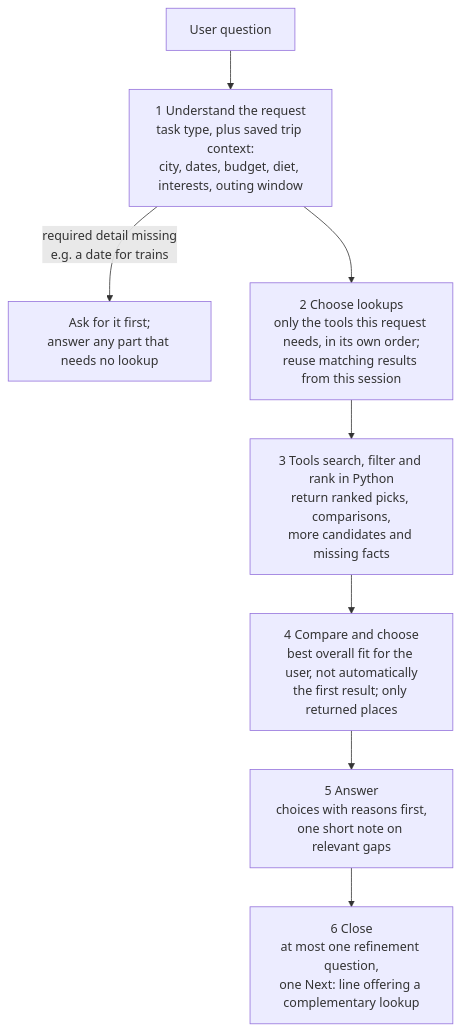
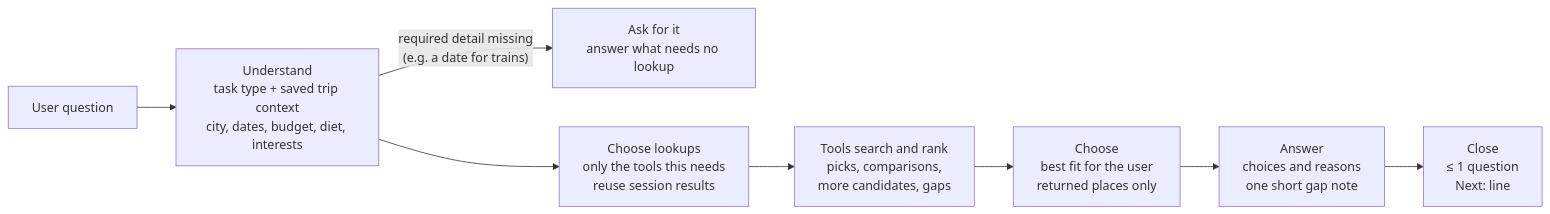
One commit to Joshuahuang55/AgenticAI_project1_TaiwanTrip changed the first of 4 diagrams in docs/DESIGN.md. Above: the diagram before and after it, drawn with Mermaid. The commit also changed other lines of this file, not shown here.

Commit message:
Name the 500 Dishes and 500 Bowls lists in English and lay the workflow diagrams out left to right

````diff
--- a/docs/DESIGN.md
+++ b/docs/DESIGN.md
@@ -36,10 +36,10 @@
 ```mermaid
-flowchart TD
-    Q[User question] --> U["1 Understand the request<br/>task type, plus saved trip context:<br/>city, dates, budget, diet, interests, outing window"]
-    U -->|required detail missing<br/>e.g. a date for trains| ASK[Ask for it first;<br/>answer any part that needs no lookup]
-    U --> P["2 Choose lookups<br/>only the tools this request needs, in its own order;<br/>reuse matching results from this session"]
-    P --> T["3 Tools search, filter and rank in Python<br/>return ranked picks, comparisons,<br/>more candidates and missing facts"]
-    T --> C["4 Compare and choose<br/>best overall fit for the user, not automatically<br/>the first result; only returned places"]
-    C --> A["5 Answer<br/>choices with reasons first,<br/>one short note on relevant gaps"]
-    A --> N["6 Close<br/>at most one refinement question,<br/>one Next: line offering a complementary lookup"]
+flowchart LR
+    Q[User question] --> U["Understand<br/>task type + saved trip context<br/>city, dates, budget, diet, interests"]
+    U -->|"required detail missing<br/>(e.g. a date for trains)"| ASK["Ask for it<br/>answer what needs no lookup"]
+    U --> P["Choose lookups<br/>only the tools this needs<br/>reuse session results"]
+    P --> T["Tools search and rank<br/>picks, comparisons,<br/>more candidates, gaps"]
+    T --> C["Choose<br/>best fit for the user<br/>returned places only"]
+    C --> A["Answer<br/>choices and reasons<br/>one short gap note"]
+    A --> N["Close<br/>≤ 1 question<br/>Next: line"]
 ```
````
